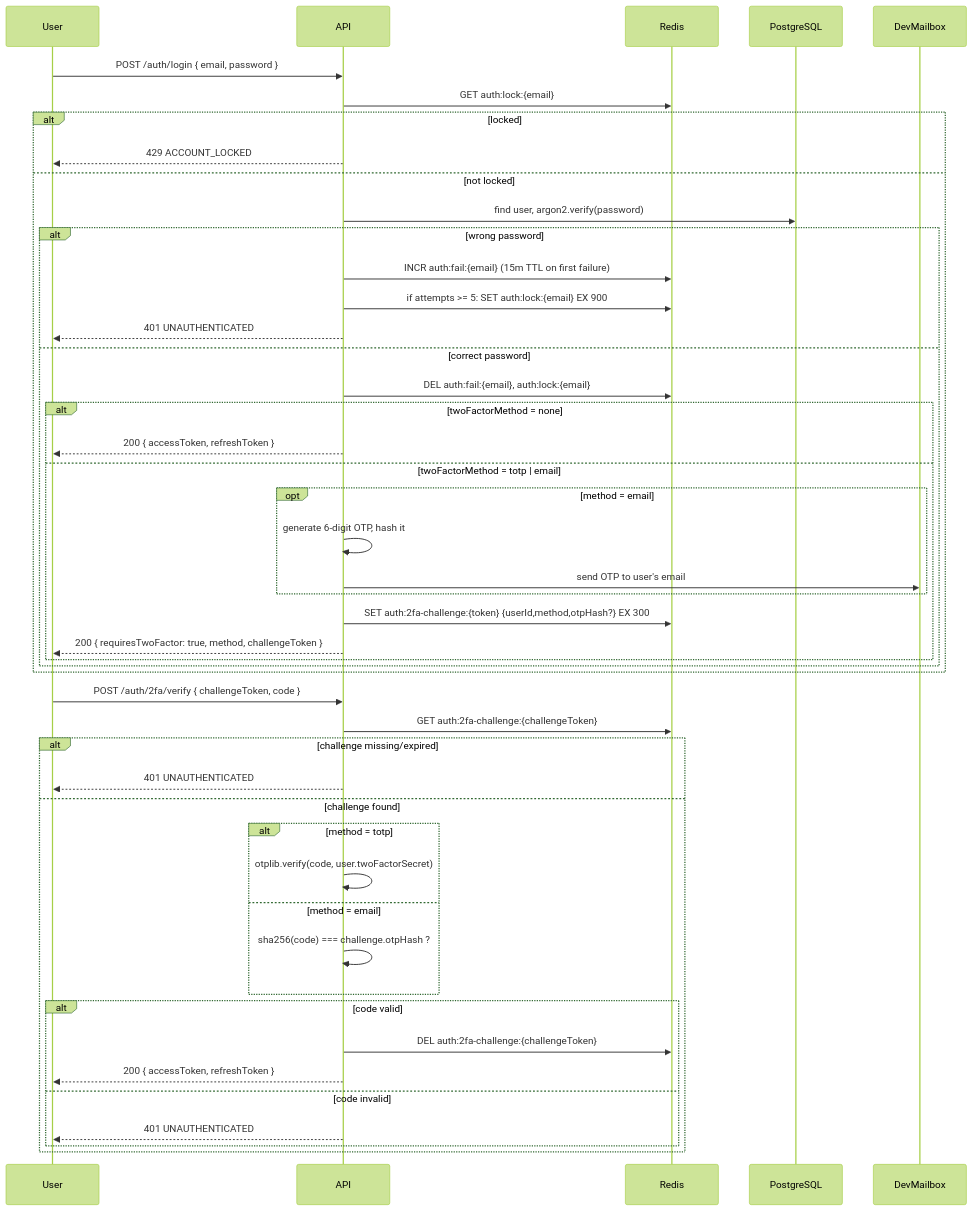
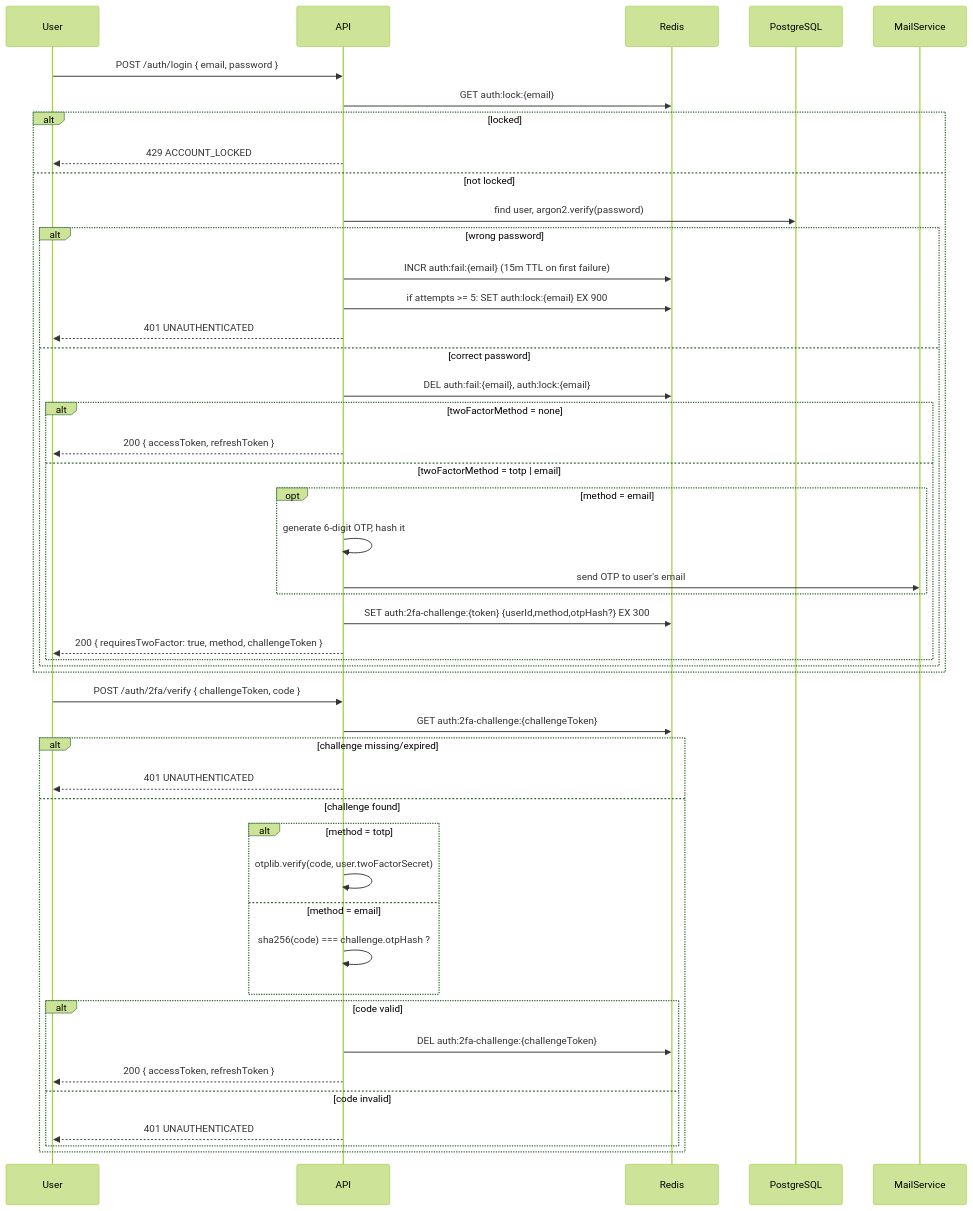
One commit to nawilltech/app.nawill.ng changed the fifth of 6 diagrams in docs/TECHNICAL.md. Above: the diagram before and after it, drawn with Mermaid (forest theme). The commit also changed other lines of this file and 110 other files, not shown here.

````diff
--- a/docs/TECHNICAL.md
+++ b/docs/TECHNICAL.md
@@ -366,51 +385,51 @@
 ```mermaid
 sequenceDiagram
     participant User
     participant API
     participant Redis
     participant PG as PostgreSQL
-    participant Mailbox as DevMailbox
+    participant Mailbox as MailService
 
     User->>API: POST /auth/login { email, password }
     API->>Redis: GET auth:lock:{email}
     alt locked
         API-->>User: 429 ACCOUNT_LOCKED
     else not locked
         API->>PG: find user, argon2.verify(password)
         alt wrong password
             API->>Redis: INCR auth:fail:{email} (15m TTL on first failure)
             API->>Redis: if attempts >= 5: SET auth:lock:{email} EX 900
             API-->>User: 401 UNAUTHENTICATED
         else correct password
             API->>Redis: DEL auth:fail:{email}, auth:lock:{email}
             alt twoFactorMethod = none
                 API-->>User: 200 { accessToken, refreshToken }
             else twoFactorMethod = totp | email
                 opt method = email
                     API->>API: generate 6-digit OTP, hash it
                     API->>Mailbox: send OTP to user's email
                 end
                 API->>Redis: SET auth:2fa-challenge:{token} {userId,method,otpHash?} EX 300
                 API-->>User: 200 { requiresTwoFactor: true, method, challengeToken }
             end
         end
     end
 
     User->>API: POST /auth/2fa/verify { challengeToken, code }
     API->>Redis: GET auth:2fa-challenge:{challengeToken}
     alt challenge missing/expired
         API-->>User: 401 UNAUTHENTICATED
     else challenge found
         alt method = totp
             API->>API: otplib.verify(code, user.twoFactorSecret)
         else method = email
             API->>API: sha256(code) === challenge.otpHash ?
         end
         alt code valid
             API->>Redis: DEL auth:2fa-challenge:{challengeToken}
             API-->>User: 200 { accessToken, refreshToken }
         else code invalid
             API-->>User: 401 UNAUTHENTICATED
         end
     end
 ```
````
